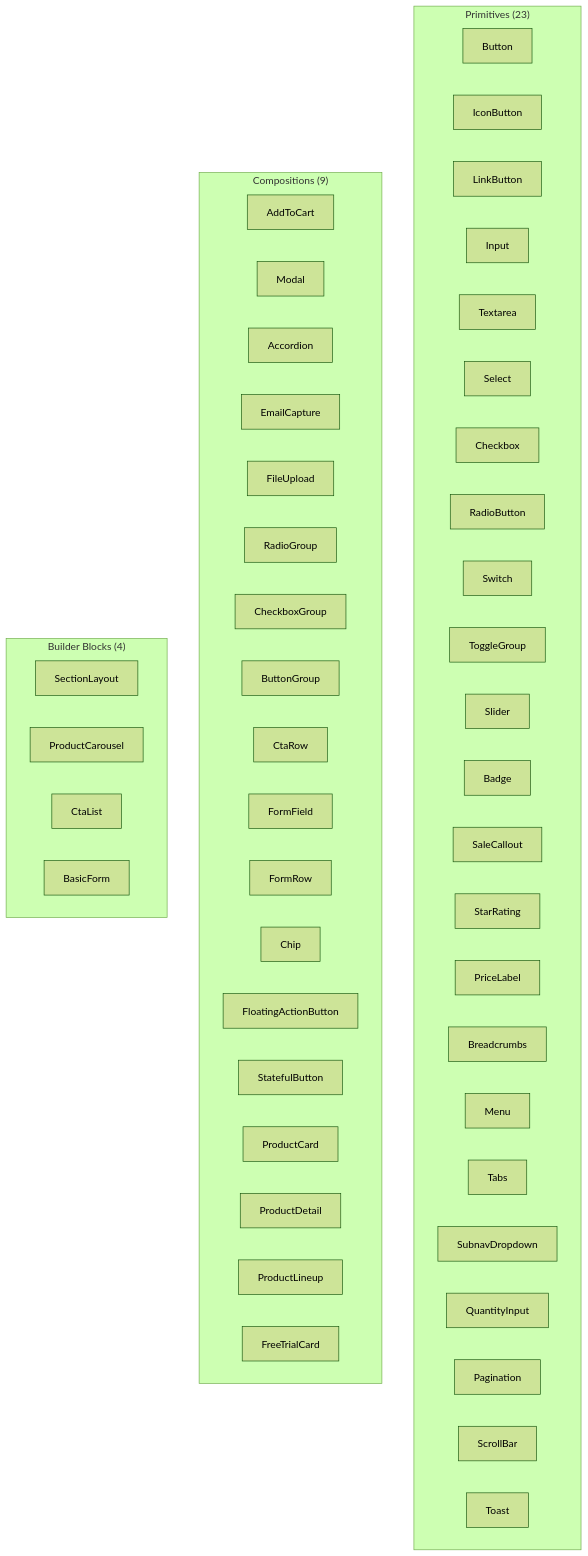
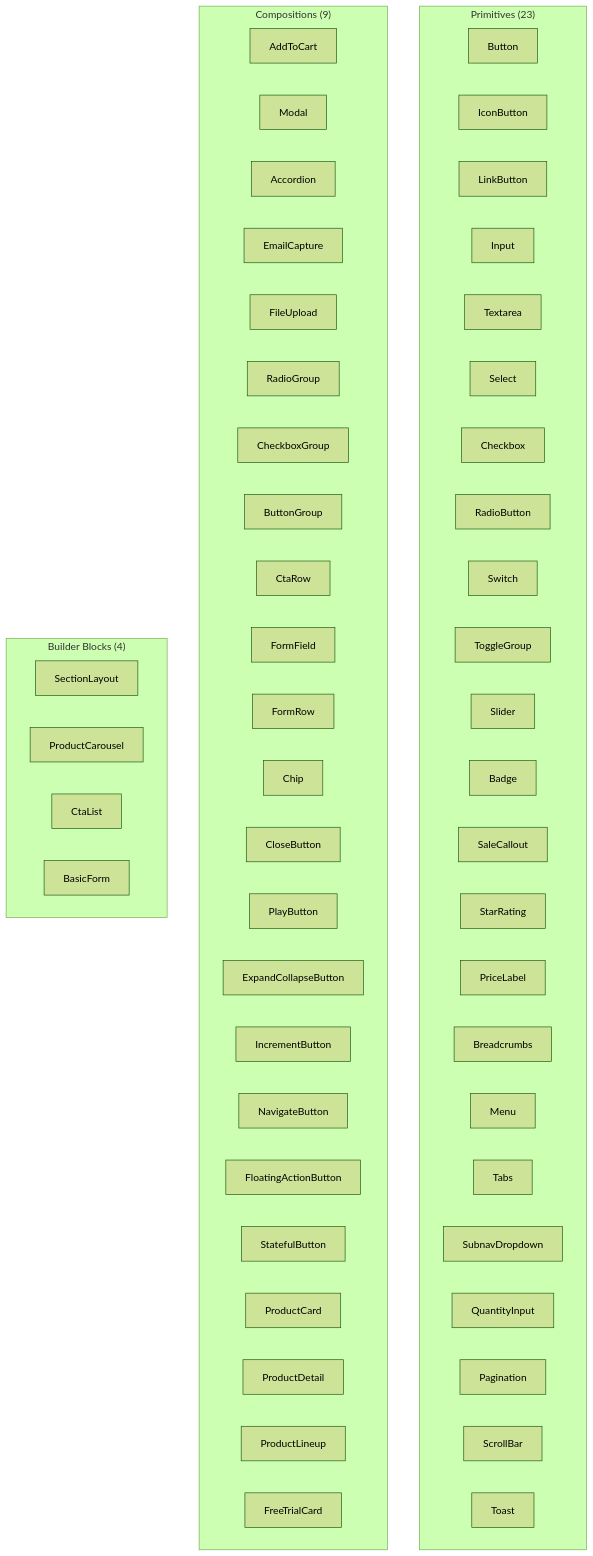
One commit to calebn/design-system-theme-evolution changed the first of 2 diagrams in inventory/docs/08-taxonomy.md. Above: the diagram before and after it, drawn with Mermaid (forest theme). The commit also changed other lines of this file and 11 other files, not shown here.

Commit message:
refactor(icon-button): update architecture docs to reflect shape primitive strategy and add wrapper composition entries

````diff
--- a/inventory/docs/08-taxonomy.md
+++ b/inventory/docs/08-taxonomy.md
@@ -17,54 +17,59 @@
 ```mermaid
 graph TD
   subgraph primitives ["Primitives (23)"]
     Button["Button"]
     IconButton["IconButton"]
     LinkButton["LinkButton"]
     Input["Input"]
     Textarea["Textarea"]
     Select["Select"]
     Checkbox["Checkbox"]
     RadioButton["RadioButton"]
     Switch["Switch"]
     ToggleGroup["ToggleGroup"]
     Slider["Slider"]
     Badge["Badge"]
     SaleCallout["SaleCallout"]
     StarRating["StarRating"]
     PriceLabel["PriceLabel"]
     Breadcrumbs["Breadcrumbs"]
     Menu["Menu"]
     Tabs["Tabs"]
     SubnavDropdown["SubnavDropdown"]
     QuantityInput["QuantityInput"]
     Pagination["Pagination"]
     ScrollBar["ScrollBar"]
     Toast["Toast"]
   end
   subgraph compositions ["Compositions (9)"]
     AddToCart["AddToCart"]
     Modal["Modal"]
     Accordion["Accordion"]
     EmailCapture["EmailCapture"]
     FileUpload["FileUpload"]
     RadioGroup["RadioGroup"]
     CheckboxGroup["CheckboxGroup"]
     ButtonGroup["ButtonGroup"]
     CtaRow["CtaRow"]
     FormField["FormField"]
     FormRow["FormRow"]
     Chip["Chip"]
+    CloseButton["CloseButton"]
+    PlayButton["PlayButton"]
+    ExpandCollapseButton["ExpandCollapseButton"]
+    IncrementButton["IncrementButton"]
+    NavigateButton["NavigateButton"]
     FloatingActionButton["FloatingActionButton"]
     StatefulButton["StatefulButton"]
     ProductCard["ProductCard"]
     ProductDetail["ProductDetail"]
     ProductLineup["ProductLineup"]
     FreeTrialCard["FreeTrialCard"]
   end
   subgraph builderBlocks ["Builder Blocks (4)"]
     SectionLayout["SectionLayout"]
     ProductCarousel["ProductCarousel"]
     CtaList["CtaList"]
     BasicForm["BasicForm"]
   end
 ```
````
